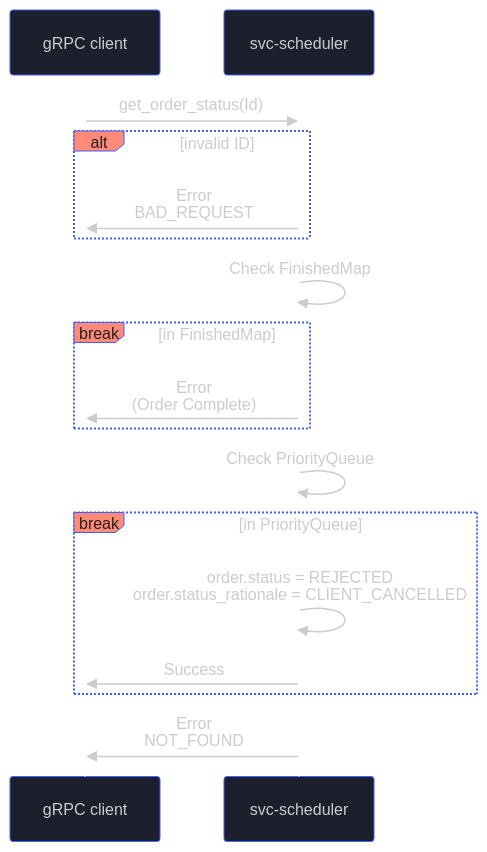
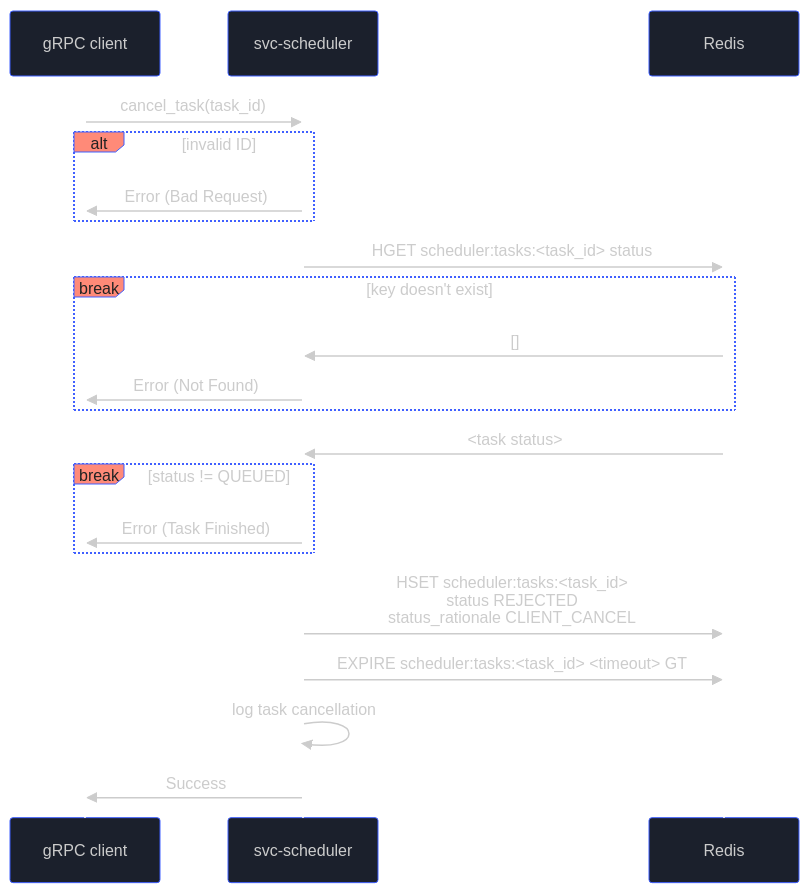
One commit to aetheric-oss/svc-scheduler changed the eighth of 9 diagrams in docs/sdd.md. Above: the diagram before and after it, drawn with Mermaid. The commit also changed other lines of this file and 2 other files, not shown here.

Commit message:
chore: revise design using redis

````diff
--- a/docs/sdd.md
+++ b/docs/sdd.md
@@ -504,41 +471,46 @@
 ```mermaid
 %%{
   init: {
     'theme': 'base',
     'themeVariables': {
       'primaryColor': '#1B202C',
       'primaryBorderColor': '#4060FF',
       'primaryTextColor': '#CCC',
       'actorLineColor': '#fff',
       'labelBoxBkgColor': '#FF8A78',
       'labelTextColor': '#222',
       'sequenceNumberColor': '#1B202C',
       'noteBkgColor': '#D6D6D6',
       'noteTextColor': '#222',
       'activationBkgColor': '#FF8A78'
     }
   }
 }%%
 sequenceDiagram
     participant grpc_client as gRPC client
     participant scheduler as svc-scheduler
+    participant redis as Redis
 
-    grpc_client->>scheduler: get_order_status(Id)
+    grpc_client->>scheduler: cancel_task(task_id)
     alt invalid ID
-        scheduler->>grpc_client: Error<br>BAD_REQUEST
+        scheduler->>grpc_client: Error (Bad Request)
     end
 
-    scheduler->>scheduler: Check FinishedMap
-
-    break in FinishedMap
-        scheduler->>grpc_client: Error<br>(Order Complete)
-    end
-    
-    scheduler->>scheduler: Check PriorityQueue
-    break in PriorityQueue
-        scheduler->>scheduler: order.status = REJECTED<br>order.status_rationale = CLIENT_CANCELLED
-        scheduler->>grpc_client: Success
+    scheduler->>redis: HGET scheduler:tasks:<task_id> status
+    break key doesn't exist
+      redis->>scheduler: []
+      scheduler->>grpc_client: Error (Not Found)
     end
 
-    scheduler->>grpc_client: Error<br>NOT_FOUND
+    redis->>scheduler: <task status>
+
+    break status != QUEUED
+      scheduler->>grpc_client: Error (Task Finished)
+    end
+
+    scheduler->>redis: HSET scheduler:tasks:<task_id><br>status REJECTED<br>status_rationale CLIENT_CANCEL
+    scheduler->>redis: EXPIRE scheduler:tasks:<task_id> <timeout> GT
+    scheduler->>scheduler: log task cancellation
+
+    scheduler->>grpc_client: Success
 ```
````
